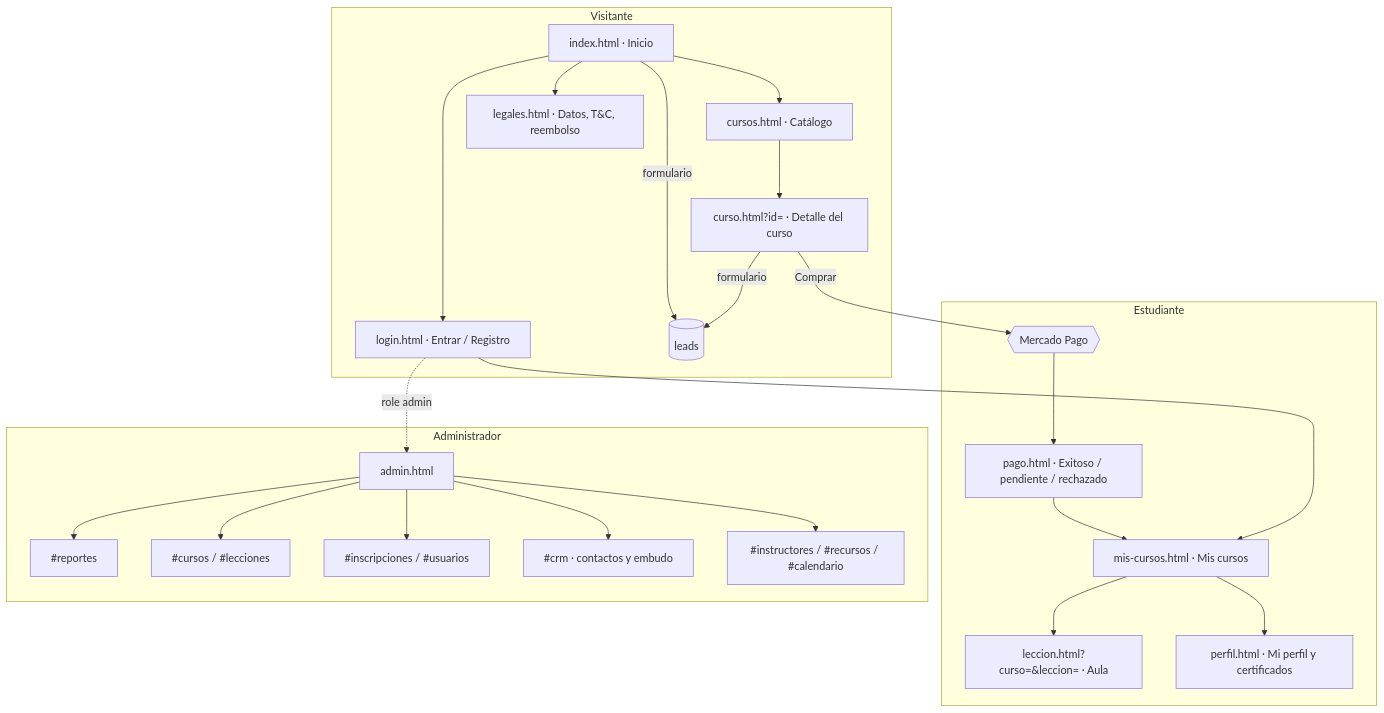
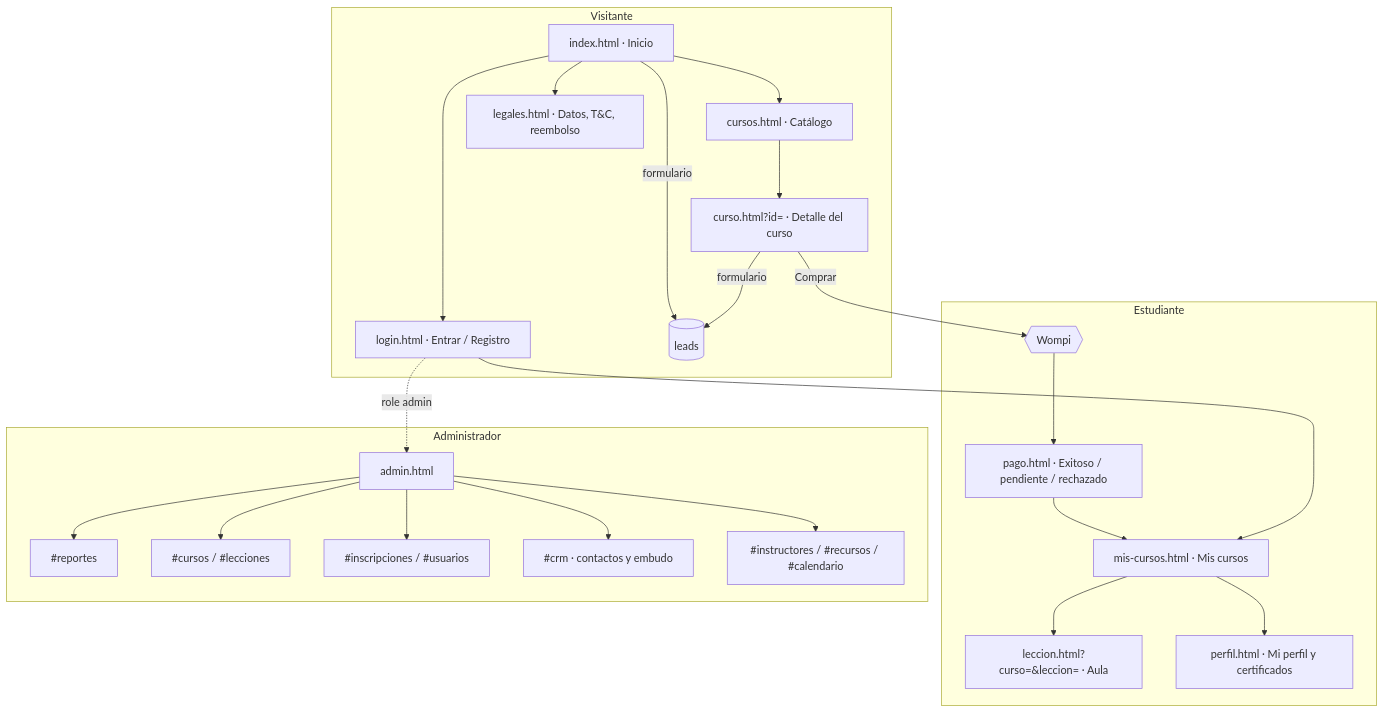
The diagram in docs/mapa-del-sitio.md (andresdromero6-alt/lms-AMARAM-TVs-AC), drawn with Mermaid before and after one commit. The commit also changed 22 other files, not shown here.

First line of the commit message:
Cambia la pasarela de Mercado Pago a Wompi

````diff
--- a/docs/mapa-del-sitio.md
+++ b/docs/mapa-del-sitio.md
@@ -3,28 +3,28 @@
 ```mermaid
 flowchart TD
   subgraph Visitante
     I[index.html · Inicio] --> C[cursos.html · Catálogo]
     I --> L[login.html · Entrar / Registro]
     I --> LG[legales.html · Datos, T&C, reembolso]
     I -- formulario --> CRM[(leads)]
     C --> D[curso.html?id= · Detalle del curso]
     D -- formulario --> CRM
   end
   subgraph Estudiante
-    D -- Comprar --> MP{{Mercado Pago}}
+    D -- Comprar --> MP{{Wompi}}
     MP --> P[pago.html · Exitoso / pendiente / rechazado]
     P --> MC[mis-cursos.html · Mis cursos]
     L --> MC
     MC --> LE[leccion.html?curso=&leccion= · Aula]
     MC --> PF[perfil.html · Mi perfil y certificados]
   end
   subgraph Administrador
     A[admin.html]
     A --> A1[#reportes]
     A --> A2[#cursos / #lecciones]
     A --> A3[#inscripciones / #usuarios]
     A --> A4[#crm · contactos y embudo]
     A --> A5[#instructores / #recursos / #calendario]
   end
   L -. role admin .-> A
 ```
````
